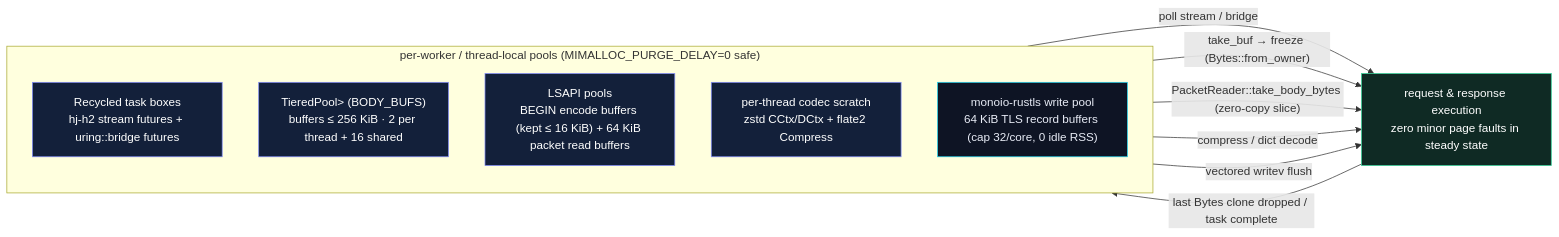
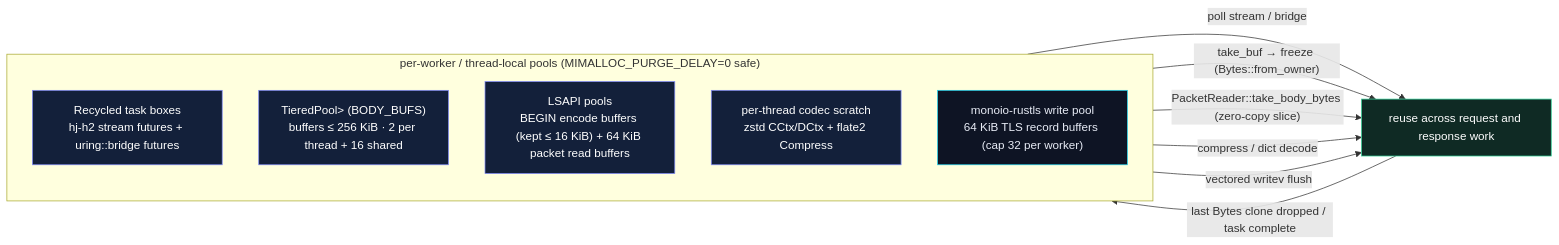
The diagram in docs-src/diagrams/recycle-pools.mmd (faratech/httpjet-site), drawn with Mermaid before and after one commit. The commit also changed 162 other files, not shown here.

```diff
--- a/docs-src/diagrams/recycle-pools.mmd
+++ b/docs-src/diagrams/recycle-pools.mmd
@@ -1,18 +1,18 @@
 flowchart LR
   classDef pool fill:#13203a,stroke:#818cf8,color:#fff
   classDef hot fill:#0f2a24,stroke:#34d399,color:#fff
   classDef tls fill:#0e1424,stroke:#22d3ee,color:#e8ecf6
   subgraph CORE ["per-worker / thread-local pools (MIMALLOC_PURGE_DELAY=0 safe)"]
     direction TB
     T1["Recycled<T> task boxes<br/>hj-h2 stream futures + uring::bridge futures"]:::pool
     T2["TieredPool<Vec<u8>> (BODY_BUFS)<br/>buffers ≤ 256 KiB · 2 per thread + 16 shared"]:::pool
     T3["LSAPI pools<br/>BEGIN encode buffers (kept ≤ 16 KiB) + 64 KiB packet read buffers"]:::pool
     T4["per-thread codec scratch<br/>zstd CCtx/DCtx + flate2 Compress"]:::pool
-    T5["monoio-rustls write pool<br/>64 KiB TLS record buffers (cap 32/core, 0 idle RSS)"]:::tls
+    T5["monoio-rustls write pool<br/>64 KiB TLS record buffers (cap 32 per worker)"]:::tls
   end
-  T1 -- "poll stream / bridge" --> H["request & response execution<br/>zero minor page faults in steady state"]:::hot
+  T1 -- "poll stream / bridge" --> H["reuse across request and response work"]:::hot
   T2 -- "take_buf → freeze (Bytes::from_owner)" --> H
   T3 -- "PacketReader::take_body_bytes (zero-copy slice)" --> H
   T4 -- "compress / dict decode" --> H
   T5 -- "vectored writev flush" --> H
   H -- "last Bytes clone dropped / task complete" --> CORE
```
